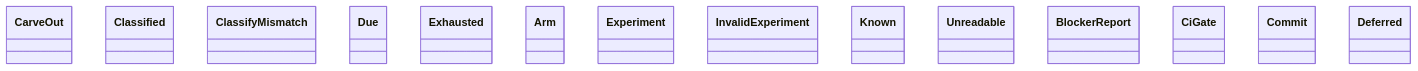
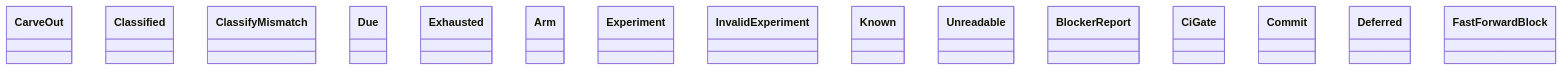
One commit to GonzaloZevallos/agentic-system changed the diagram in docs/architecture/generated/classes-process-domain-state-1.md. Above: the diagram before and after it, drawn with Mermaid. The commit also changed 22 other files, not shown here.

Commit message:
Regenerate the architecture docs after merging master

````diff
--- a/docs/architecture/generated/classes-process-domain-state-1.md
+++ b/docs/architecture/generated/classes-process-domain-state-1.md
@@ -30,17 +30,18 @@
 ```mermaid
 classDiagram
     class carve_out__CarveOut["CarveOut"]
     class drawing_answer__Classified["Classified"]
     class drawing_answer__ClassifyMismatch["ClassifyMismatch"]
     class drawing_answer__Due["Due"]
     class drawing_answer__Exhausted["Exhausted"]
     class experiment__Arm["Arm"]
     class experiment__Experiment["Experiment"]
     class experiment__InvalidExperiment["InvalidExperiment"]
     class lead_time__Known["Known"]
     class lead_time__Unreadable["Unreadable"]
     class rules__BlockerReport["BlockerReport"]
     class rules__CiGate["CiGate"]
     class rules__Commit["Commit"]
     class rules__Deferred["Deferred"]
+    class rules__FastForwardBlock["FastForwardBlock"]
 ```
````
